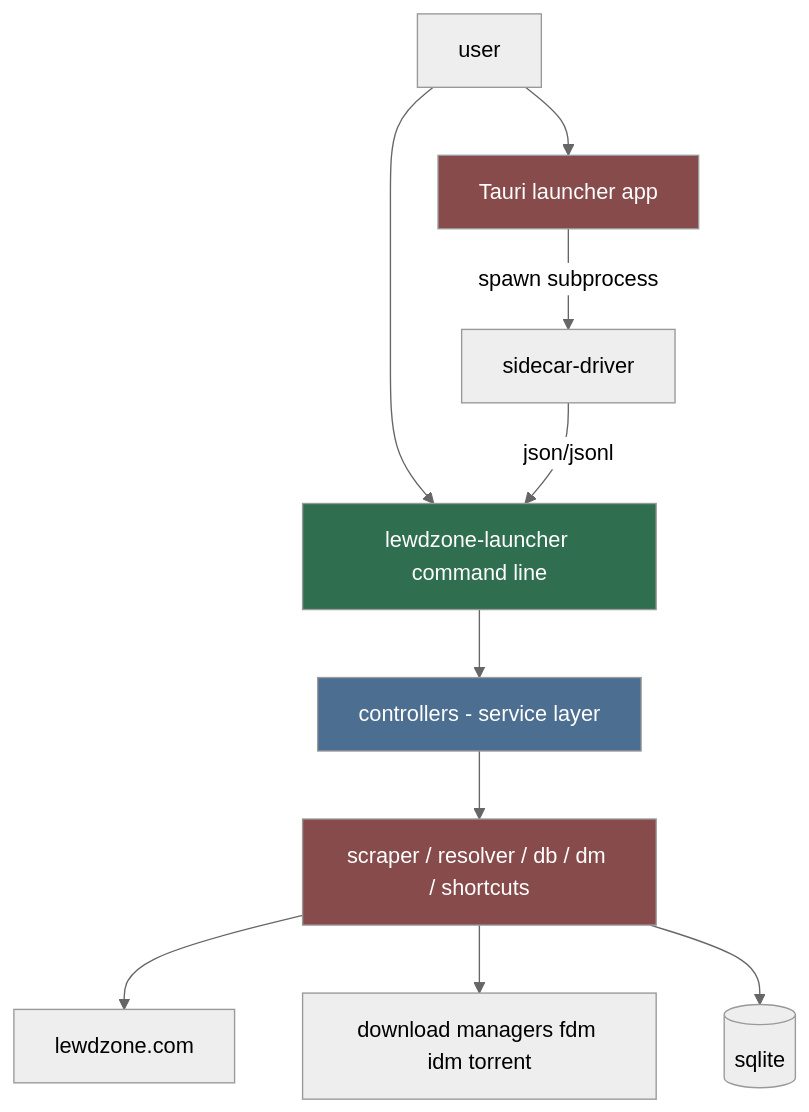
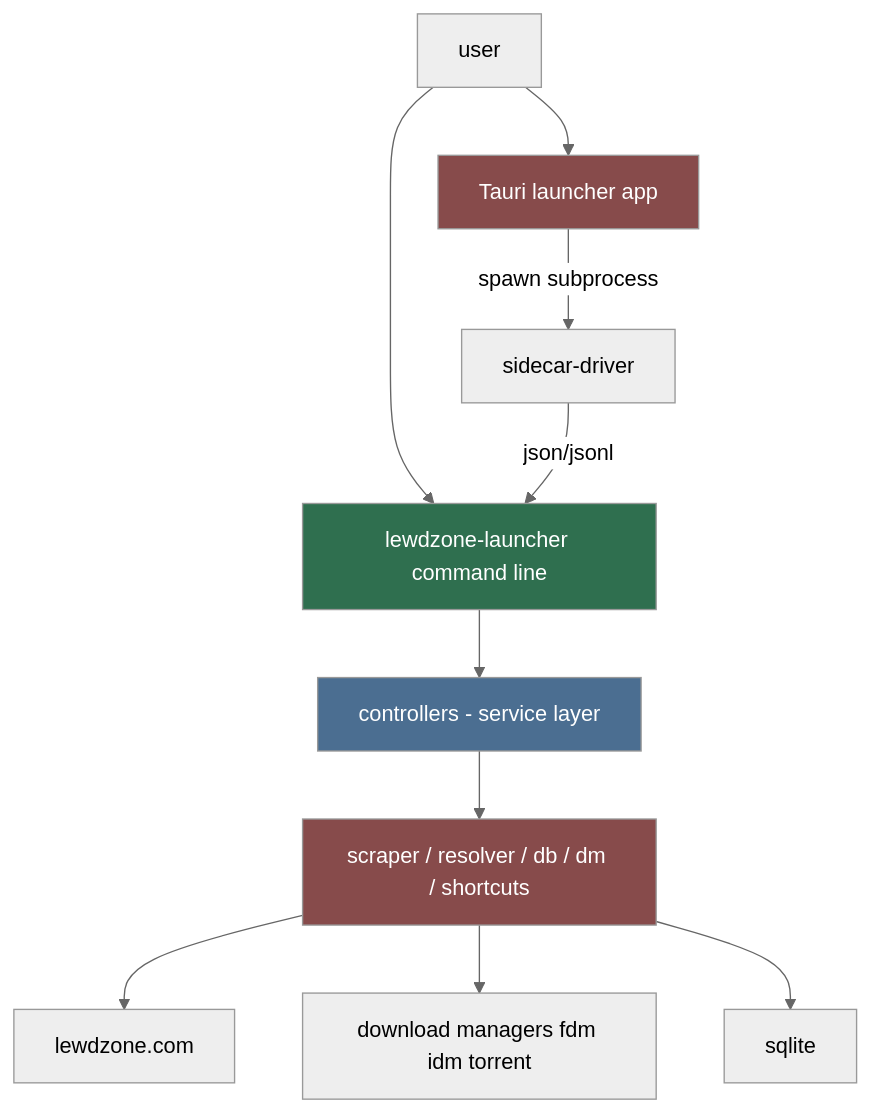
One commit to HELIX-Origin/LewdZone-Launcher changed the first of 2 diagrams in .agents/agents/cli/cli.md. Above: the diagram before and after it, drawn with Mermaid (neutral theme). The commit also changed other lines of this file and 35 other files, not shown here.

First line of the commit message:
🎨 fix(agents): make all mermaid diagrams Rule 09 compliant

````diff
--- a/.agents/agents/cli/cli.md
+++ b/.agents/agents/cli/cli.md
@@ -30,17 +30,17 @@
 ```mermaid
 flowchart TD
     U[user] --> APP[Tauri launcher app]
     U --> CLI[lewdzone-launcher command line]
     APP -->|"spawn subprocess"| SD[sidecar-driver]
     SD -->|"json/jsonl"| CLI
     CLI --> CTL[controllers - service layer]
-    CTL --> SVC[scraper / resolver / db / dm / shortcuts]
+    CTL --> SVC["scraper / resolver / db / dm / shortcuts"]
     SVC --> SITE[lewdzone.com]
     SVC --> DM["download managers fdm idm torrent"]
-    SVC --> SQL[(sqlite)]
+    SVC --> SQL["sqlite"]
 
     style APP fill:#874b4b,color:#fff
     style CLI fill:#2f6f4f,color:#fff
     style CTL fill:#4b6e91,color:#fff
     style SVC fill:#874b4b,color:#fff
 ```
````
